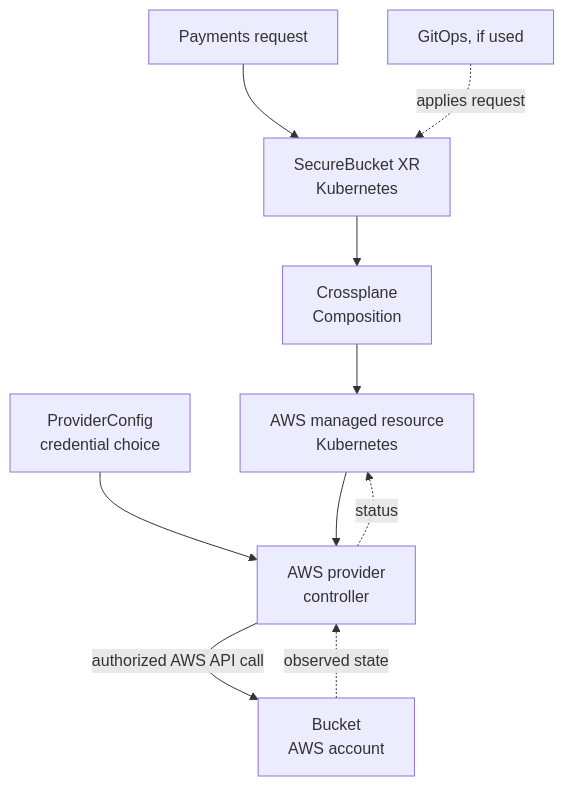
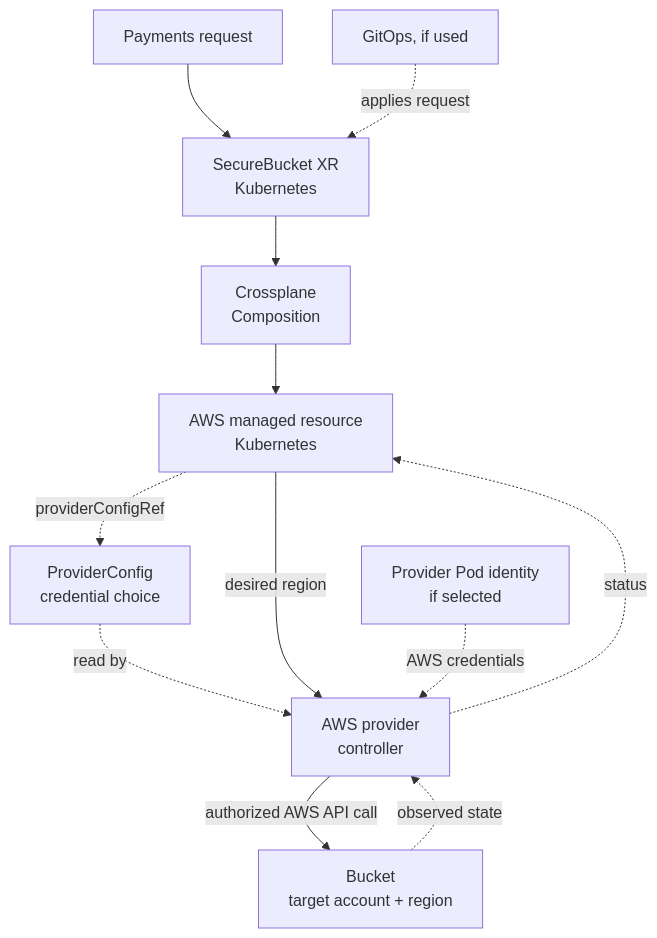
One commit to David-A18/MY-humble-knowledge-for-everyone changed the diagram in knowledge/cross-topic-guides/crossplane-on-aws.md. Above: the diagram before and after it, drawn with Mermaid. The commit also changed other lines of this file and 5 other files, not shown here.

Commit message:
Clarify Crossplane AWS identity and lifecycle boundaries

````diff
--- a/knowledge/cross-topic-guides/crossplane-on-aws.md
+++ b/knowledge/cross-topic-guides/crossplane-on-aws.md
@@ -103,12 +120,14 @@
 ```mermaid
 flowchart TB
   team["Payments request"] --> xr["SecureBucket XR<br/>Kubernetes"]
   git["GitOps, if used"] -. "applies request" .-> xr
   xr --> comp["Crossplane<br/>Composition"]
   comp --> mr["AWS managed resource<br/>Kubernetes"]
-  cfg["ProviderConfig<br/>credential choice"] --> provider["AWS provider<br/>controller"]
-  mr --> provider
-  provider -- "authorized AWS API call" --> aws["Bucket<br/>AWS account"]
+  mr -. "providerConfigRef" .-> cfg["ProviderConfig<br/>credential choice"]
+  cfg -. "read by" .-> provider["AWS provider<br/>controller"]
+  mr -- "desired region" --> provider
+  identity["Provider Pod identity<br/>if selected"] -. "AWS credentials" .-> provider
+  provider -- "authorized AWS API call" --> aws["Bucket<br/>target account + region"]
   aws -. "observed state" .-> provider
   provider -. "status" .-> mr
 ```
````
